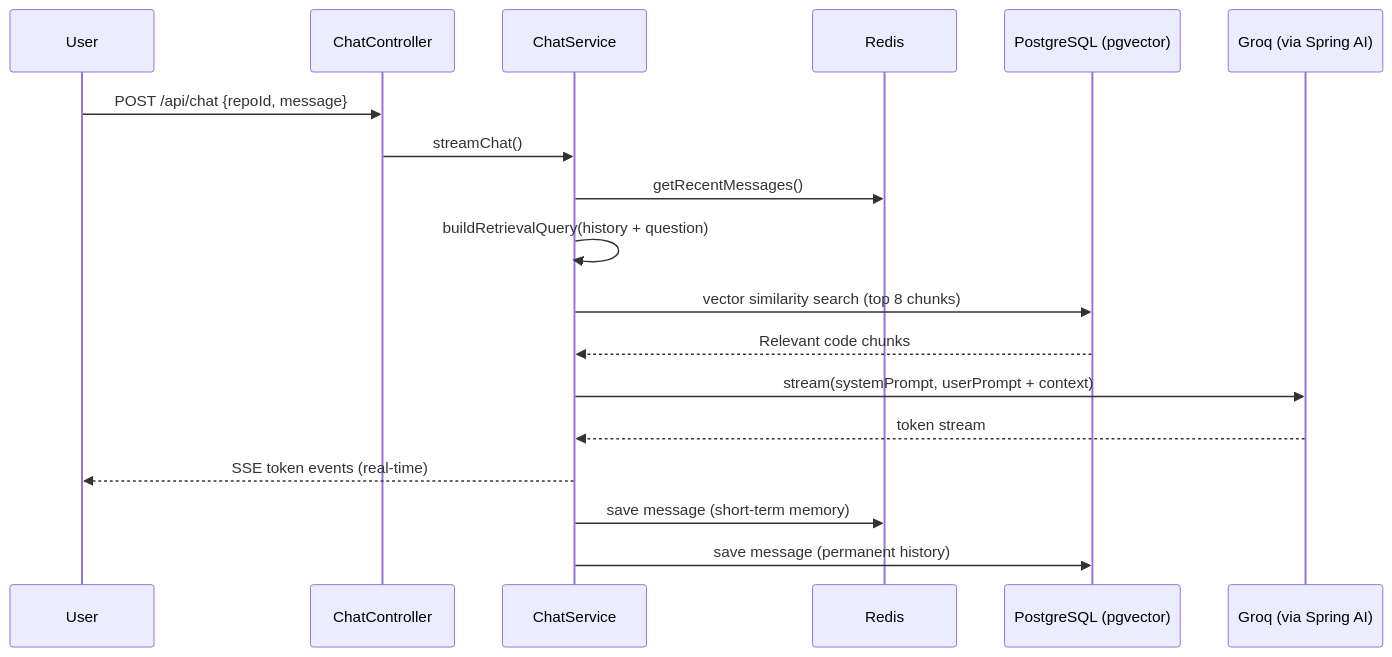
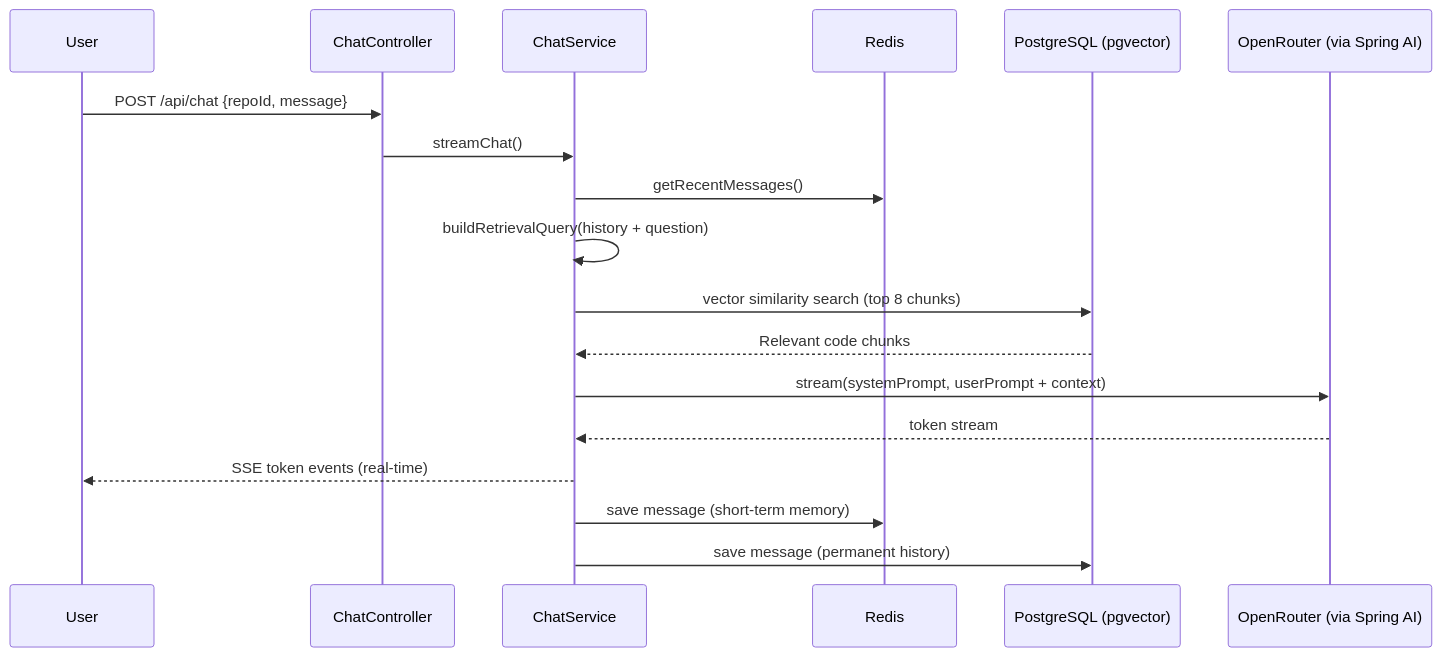
Before and after one commit to 2601Gautam/RepoMind: the third of 3 diagrams in README.md, drawn with Mermaid. The commit also changed other lines of this file, not shown here.

````diff
--- a/README.md
+++ b/README.md
@@ -151,21 +176,21 @@
 ```mermaid
 sequenceDiagram
     participant User
     participant API as ChatController
     participant Svc as ChatService
     participant Redis
     participant DB as PostgreSQL (pgvector)
-    participant LLM as Groq (via Spring AI)
+    participant LLM as OpenRouter (via Spring AI)
 
     User->>API: POST /api/chat {repoId, message}
     API->>Svc: streamChat()
     Svc->>Redis: getRecentMessages()
     Svc->>Svc: buildRetrievalQuery(history + question)
     Svc->>DB: vector similarity search (top 8 chunks)
     DB-->>Svc: Relevant code chunks
     Svc->>LLM: stream(systemPrompt, userPrompt + context)
     LLM-->>Svc: token stream
     Svc-->>User: SSE token events (real-time)
     Svc->>Redis: save message (short-term memory)
     Svc->>DB: save message (permanent history)
 ```
````
